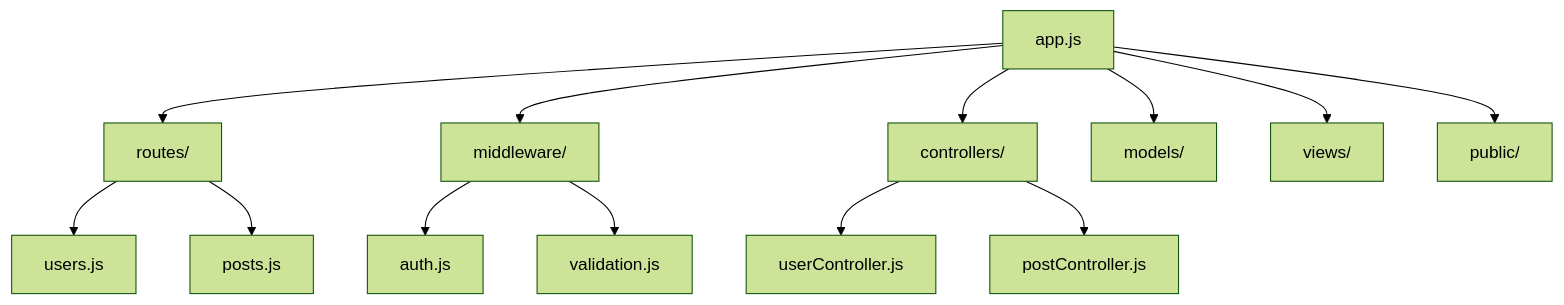
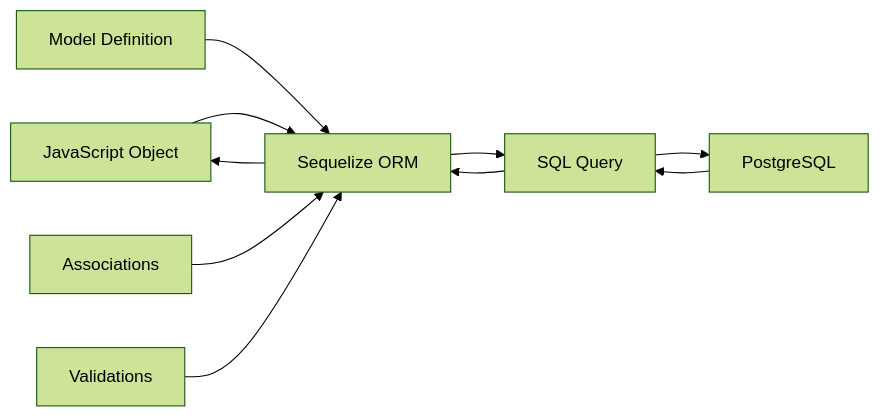
Before and after one commit to olroi421/course-web: the third of 9 diagrams in docs/presentations/presentation-05.md, drawn with Mermaid (forest theme). The commit also changed other lines of this file, not shown here.

````diff
--- a/docs/presentations/presentation-05.md
+++ b/docs/presentations/presentation-05.md
@@ -302,23 +110,13 @@
 ```mermaid
-graph TB
-    A[app.js] --> B[routes/]
-    A --> C[middleware/]
-    A --> D[controllers/]
-    A --> E[models/]
-    A --> F[views/]
-    A --> G[public/]
+graph LR
+    A[JavaScript Object] --> B[Sequelize ORM]
+    B --> C[SQL Query]
+    C --> D[PostgreSQL]
+    D --> C
+    C --> B
+    B --> A
 
-    B --> B1[users.js]
-    B --> B2[posts.js]
-
-    C --> C1[auth.js]
-    C --> C2[validation.js]
-
-    D --> D1[userController.js]
-    D --> D2[postController.js]
-
-
-
-
-
+    E[Model Definition] --> B
+    F[Associations] --> B
+    G[Validations] --> B
 ```
````
